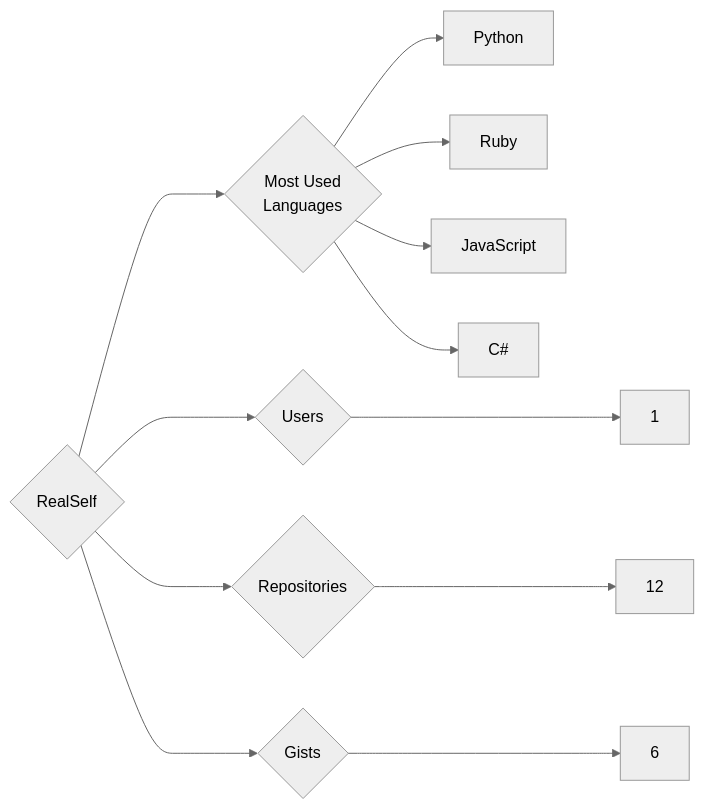
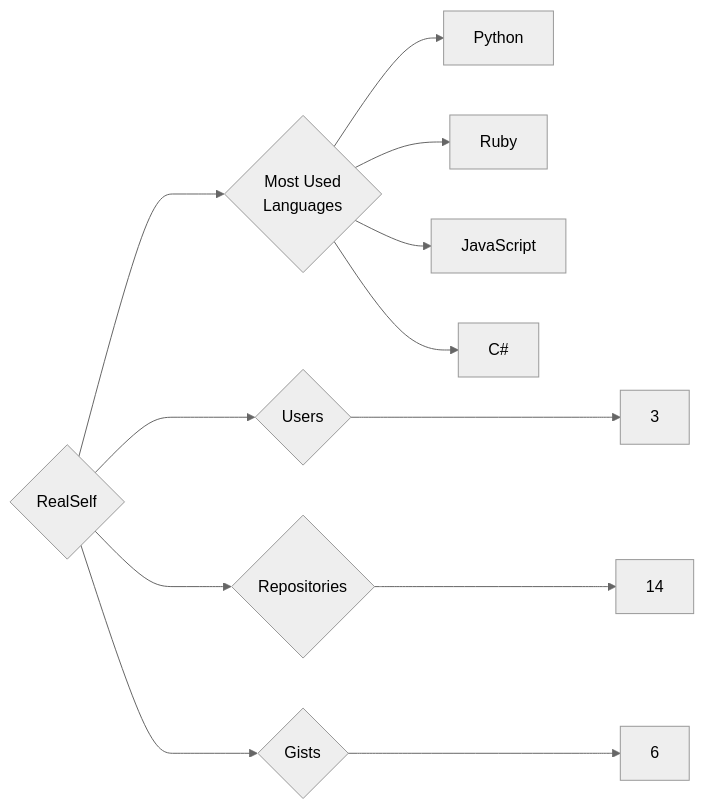
Before and after one commit to trickest/insiders: the diagram in targets/RealSelf/README.md, drawn with Mermaid (neutral theme). The commit also changed 682 other files, not shown here.

````diff
--- a/targets/RealSelf/README.md
+++ b/targets/RealSelf/README.md
@@ -3,12 +3,12 @@
 ```mermaid
 graph LR
 COMPANY_NAME{RealSelf}
-COMPANY_NAME ---> U{Users} ---> UN[1]
-COMPANY_NAME ---> R{Repositories} ---> RN[12]
+COMPANY_NAME ---> U{Users} ---> UN[3]
+COMPANY_NAME ---> R{Repositories} ---> RN[14]
 COMPANY_NAME ---> G{Gists} ---> GN[6]
 COMPANY_NAME ---> ML{Most Used<br>Languages}
 ML --> Python[Python]
 ML --> Ruby[Ruby]
 ML --> JavaScript[JavaScript]
 ML --> C#[C#]
 ```
````
